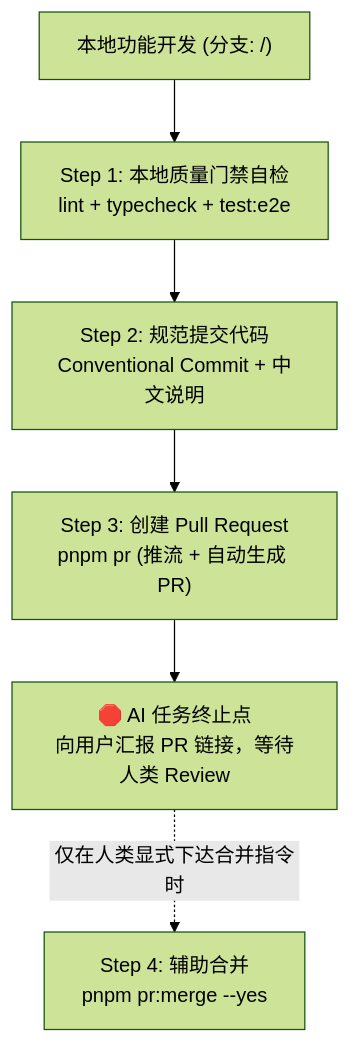
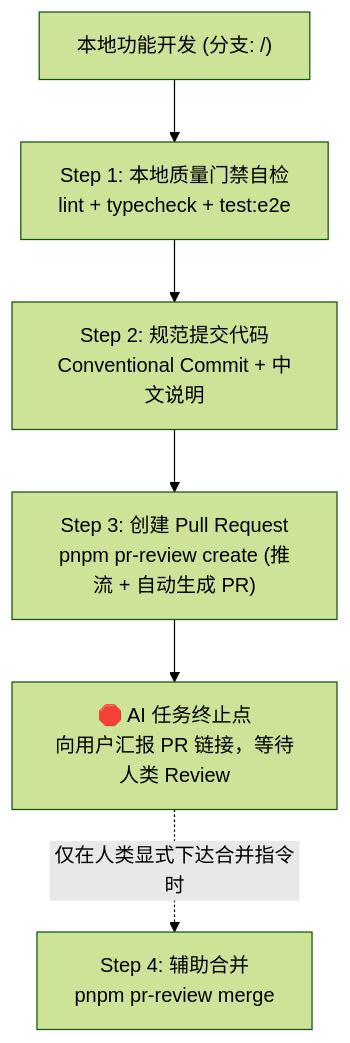
The diagram in .github/CICD.md (BanShan-Alec/electron-react-monorepo-template), drawn with Mermaid (forest theme) before and after one commit. The commit also changed other lines of this file and 51 other files, not shown here.

````diff
--- a/.github/CICD.md
+++ b/.github/CICD.md
@@ -26,8 +26,8 @@
 ```mermaid
 flowchart TD
   A["本地功能开发 (分支: <type>/<topic>)"] --> B["Step 1: 本地质量门禁自检<br/>lint + typecheck + test:e2e"]
   B --> C["Step 2: 规范提交代码<br/>Conventional Commit + 中文说明"]
-  C --> D["Step 3: 创建 Pull Request<br/>pnpm pr (推流 + 自动生成 PR)"]
+  C --> D["Step 3: 创建 Pull Request<br/>pnpm pr-review create (推流 + 自动生成 PR)"]
   D --> E["🛑 AI 任务终止点<br/>向用户汇报 PR 链接，等待人类 Review"]
-  E -.->|"仅在人类显式下达合并指令时"| F["Step 4: 辅助合并<br/>pnpm pr:merge --yes"]
+  E -.->|"仅在人类显式下达合并指令时"| F["Step 4: 辅助合并<br/>pnpm pr-review merge"]
 ```
````
